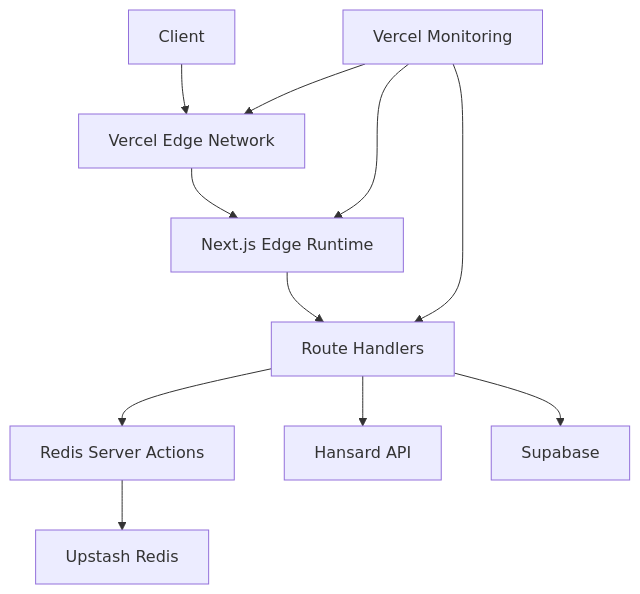
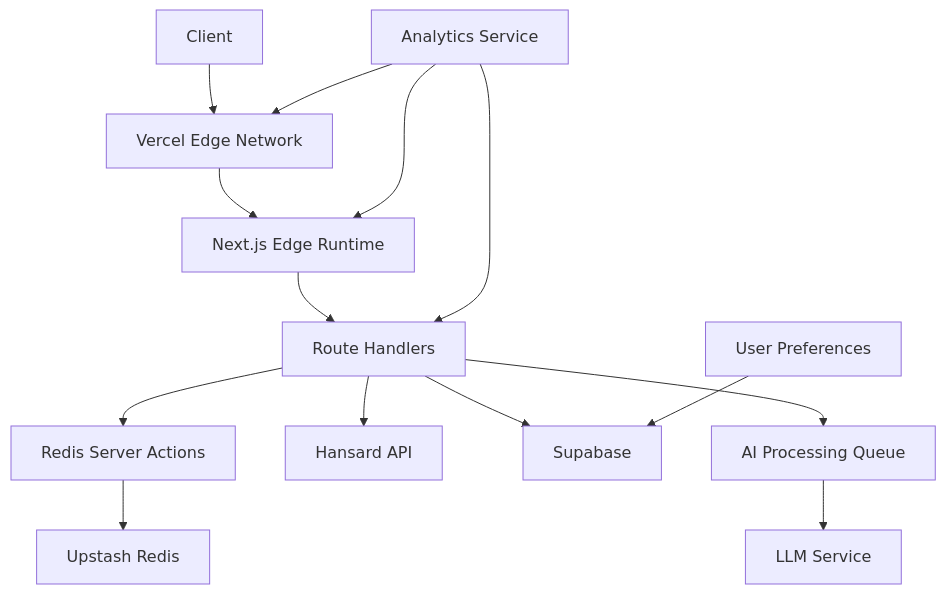
The diagram in simple-architecture.md (Blue-Cardigan/whatgov), drawn with Mermaid before and after one commit. The commit also changed other lines of this file and 52 other files, not shown here.

````diff
--- a/simple-architecture.md
+++ b/simple-architecture.md
@@ -8,11 +8,14 @@
 ```mermaid
 graph TD
     A[Client] --> B[Vercel Edge Network]
     B --> C[Next.js Edge Runtime]
     C --> D[Route Handlers]
     D --> E[Redis Server Actions]
     E --> F[Upstash Redis]
     D --> G[Hansard API]
     D --> H[Supabase]
-    I[Vercel Monitoring] --> B & C & D
+    D --> I[AI Processing Queue]
+    I --> J[LLM Service]
+    K[Analytics Service] --> B & C & D
+    L[User Preferences] --> H
 ```
````
